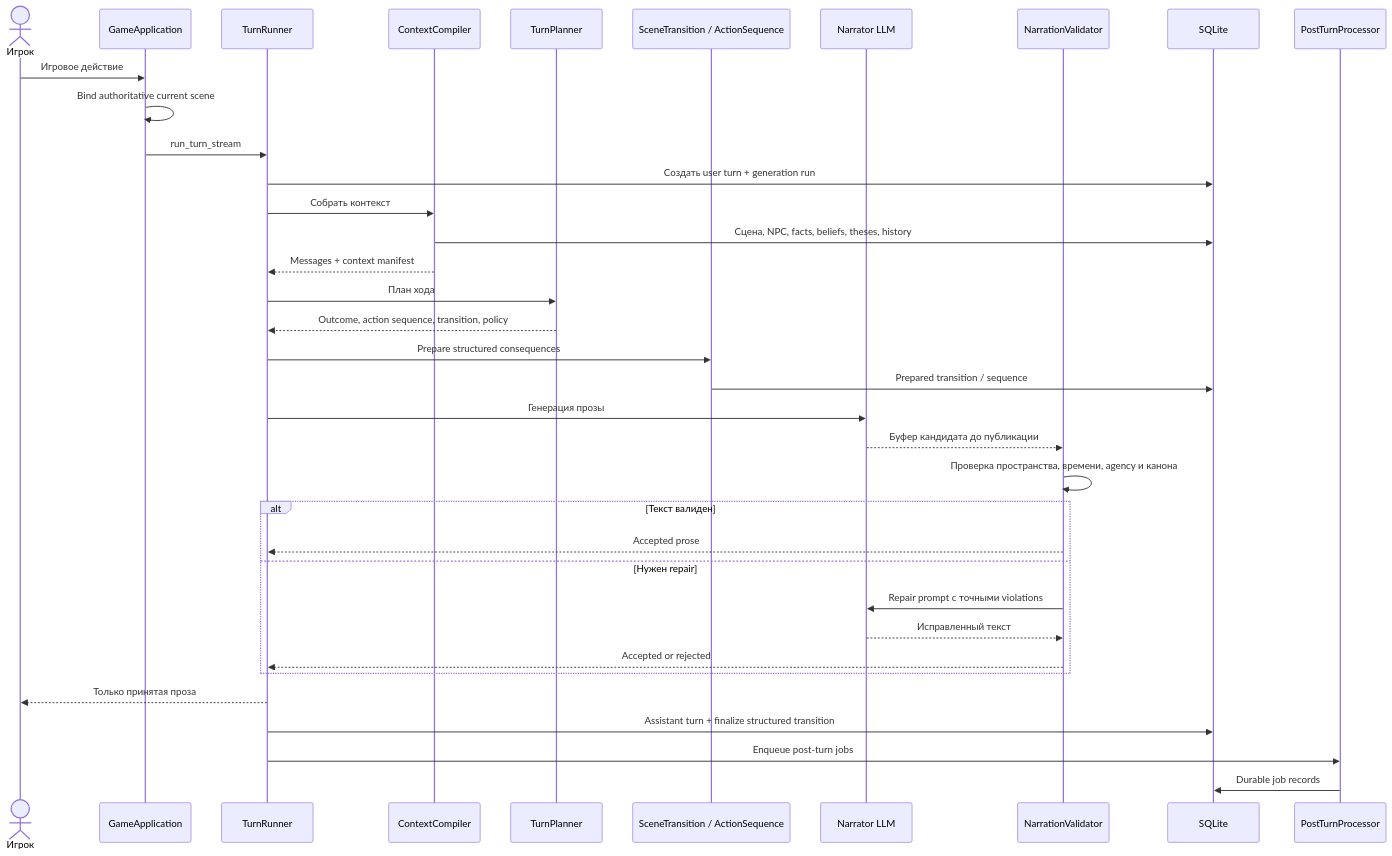
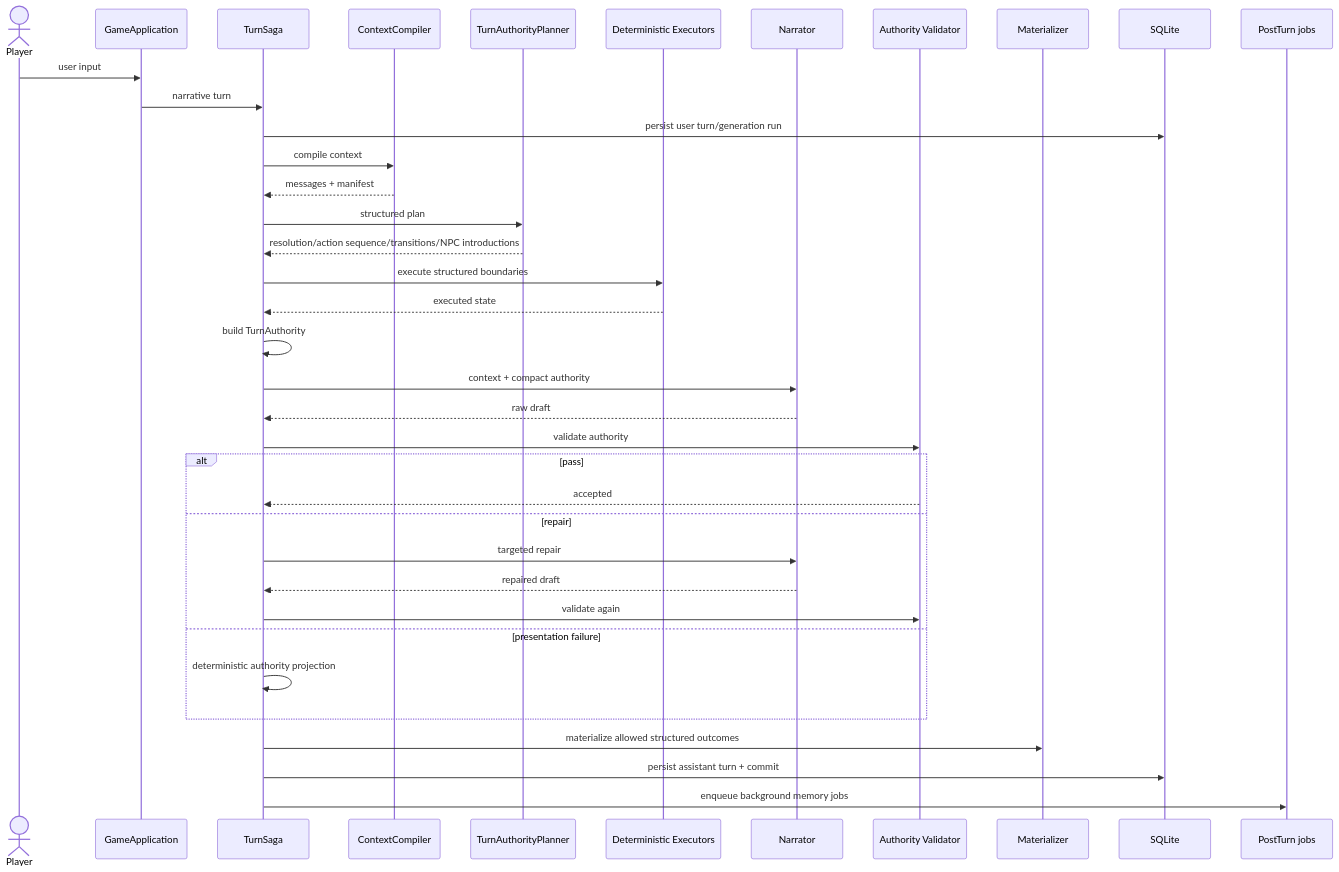
The third of 3 diagrams in docs/architecture/personal-dm-runtime.md (WizWiz2/personalDM), drawn with Mermaid before and after one commit. The commit also changed other lines of this file, not shown here.

````diff
--- a/docs/architecture/personal-dm-runtime.md
+++ b/docs/architecture/personal-dm-runtime.md
@@ -181,39 +102,40 @@
 ```mermaid
 sequenceDiagram
-    actor P as Игрок
+    actor P as Player
     participant A as GameApplication
-    participant T as TurnRunner
+    participant T as TurnSaga
     participant C as ContextCompiler
-    participant Pl as TurnPlanner
-    participant S as SceneTransition / ActionSequence
-    participant N as Narrator LLM
-    participant V as NarrationValidator
+    participant Pl as TurnAuthorityPlanner
+    participant E as Deterministic Executors
+    participant N as Narrator
+    participant V as Authority Validator
+    participant M as Materializer
     participant DB as SQLite
-    participant PT as PostTurnProcessor
+    participant PT as PostTurn jobs
 
-    P->>A: Игровое действие
-    A->>A: Bind authoritative current scene
-    A->>T: run_turn_stream
-    T->>DB: Создать user turn + generation run
-    T->>C: Собрать контекст
-    C->>DB: Сцена, NPC, facts, beliefs, theses, history
-    C-->>T: Messages + context manifest
-    T->>Pl: План хода
-    Pl-->>T: Outcome, action sequence, transition, policy
-    T->>S: Prepare structured consequences
-    S->>DB: Prepared transition / sequence
-    T->>N: Генерация прозы
-    N-->>V: Буфер кандидата до публикации
-    V->>V: Проверка пространства, времени, agency и канона
-    alt Текст валиден
-        V-->>T: Accepted prose
-    else Нужен repair
-        V->>N: Repair prompt с точными violations
-        N-->>V: Исправленный текст
-        V-->>T: Accepted or rejected
+    P->>A: user input
+    A->>T: narrative turn
+    T->>DB: persist user turn/generation run
+    T->>C: compile context
+    C-->>T: messages + manifest
+    T->>Pl: structured plan
+    Pl-->>T: resolution/action sequence/transitions/NPC introductions
+    T->>E: execute structured boundaries
+    E-->>T: executed state
+    T->>T: build TurnAuthority
+    T->>N: context + compact authority
+    N-->>T: raw draft
+    T->>V: validate authority
+    alt pass
+      V-->>T: accepted
+    else repair
+      T->>N: targeted repair
+      N-->>T: repaired draft
+      T->>V: validate again
+    else presentation failure
+      T->>T: deterministic authority projection
     end
-    T-->>P: Только принятая проза
-    T->>DB: Assistant turn + finalize structured transition
-    T->>PT: Enqueue post-turn jobs
-    PT->>DB: Durable job records
+    T->>M: materialize allowed structured outcomes
+    T->>DB: persist assistant turn + commit
+    T->>PT: enqueue background memory jobs
 ```
````
